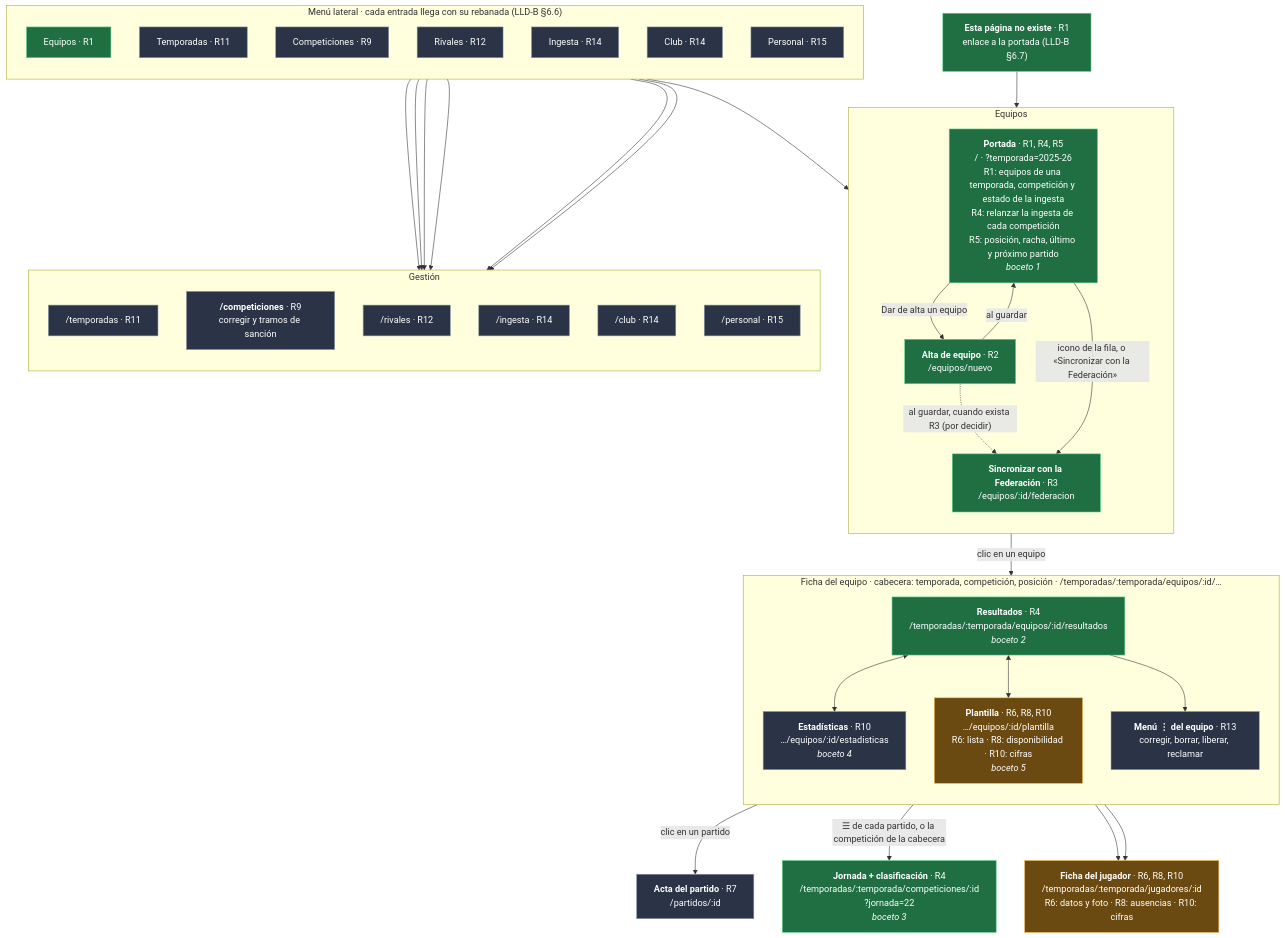
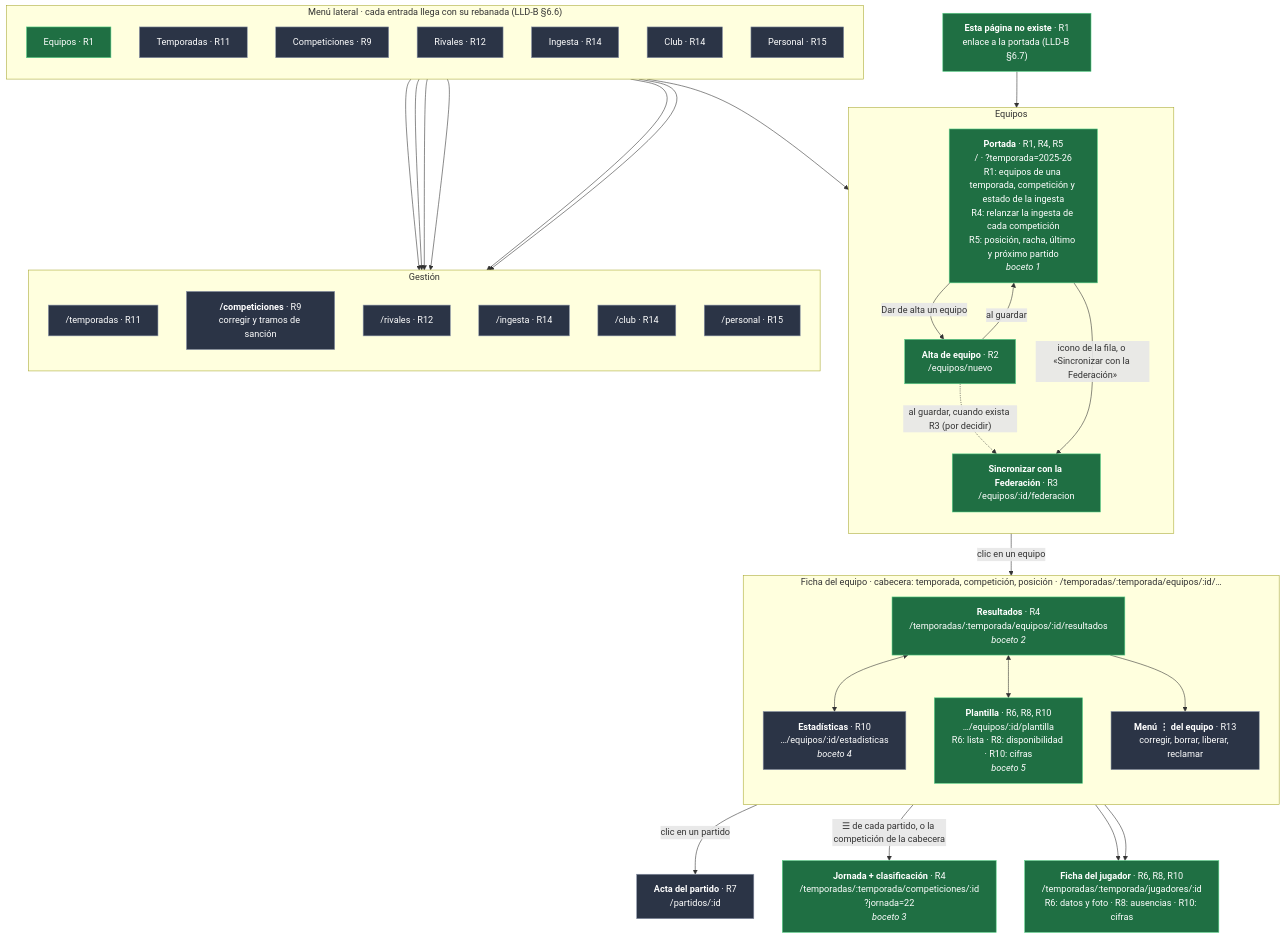
The diagram in docs/Plan de desarrollo backoffice-001.md (tongilcoto/mbs-TFM), drawn with Mermaid before and after one commit. The commit also changed other lines of this file and 2 other files, not shown here.

Commit message:
R6.21: el cierre de la rebanada 6, Plantilla
- El plan R6: cerrada el 2026-11-22, los renglones de R6.20 (el zoom al 200 %
  medido, el teclado del desarrollador y el arreglo de Safari) y R6.21, y lo
  aprendido (§9), con lo que queda abierto.
- El plan del backoffice: en el mapa de pantallas, la Plantilla y la Ficha del
  jugador de ámbar a verde; las diez operaciones de la rebanada, hechas; y la
  rebanada en el estado (21/21 y seis pasos más a petición del desarrollador).
- AGENTS.md: la rebanada cerrada, la cuenta de tests y su párrafo hasta R6.21.

Las cifras: en el backend, 853 → 1062 tests (1059 + 3 omitidos), mutaciones
43/43, 36/36, 21/21 y 13/13, censo en 0; en la web, 453 → 622 pruebas de piezas
y 170 → 293 escenarios, con axe en los dos modos.

````diff
--- a/docs/Plan de desarrollo backoffice-001.md
+++ b/docs/Plan de desarrollo backoffice-001.md
@@ -132,74 +132,73 @@
 ```mermaid
 flowchart TB
     subgraph MENU["Menú lateral · cada entrada llega con su rebanada (LLD-B §6.6)"]
         direction TB
         mEq["Equipos · R1"]
         mTem["Temporadas · R11"]
         mCom["Competiciones · R9"]
         mRiv["Rivales · R12"]
         mIng["Ingesta · R14"]
         mClub["Club · R14"]
         mPer["Personal · R15"]
     end
 
     subgraph EQUIPOS["Equipos"]
         direction TB
         P["<b>Portada</b> · R1, R4, R5<br/>/ · ?temporada=2025-26<br/>R1: equipos de una temporada, competición y estado de la ingesta<br/>R4: relanzar la ingesta de cada competición<br/>R5: posición, racha, último y próximo partido<br/><i>boceto 1</i>"]
         A["<b>Alta de equipo</b> · R2<br/>/equipos/nuevo"]
         F["<b>Sincronizar con la Federación</b> · R3<br/>/equipos/:id/federacion"]
     end
 
     subgraph FICHA["Ficha del equipo · cabecera: temporada, competición, posición · /temporadas/:temporada/equipos/:id/…"]
         direction TB
         R["<b>Resultados</b> · R4<br/>/temporadas/:temporada/equipos/:id/resultados<br/><i>boceto 2</i>"]
         E["<b>Estadísticas</b> · R10<br/>…/equipos/:id/estadisticas<br/><i>boceto 4</i>"]
         PL["<b>Plantilla</b> · R6, R8, R10<br/>…/equipos/:id/plantilla<br/>R6: lista · R8: disponibilidad · R10: cifras<br/><i>boceto 5</i>"]
         AX["<b>Menú ⋮ del equipo</b> · R13<br/>corregir, borrar, liberar, reclamar"]
     end
 
     J["<b>Jornada + clasificación</b> · R4<br/>/temporadas/:temporada/competiciones/:id<br/>?jornada=22<br/><i>boceto 3</i>"]
     ACTA["<b>Acta del partido</b> · R7<br/>/partidos/:id"]
     JUG["<b>Ficha del jugador</b> · R6, R8, R10<br/>/temporadas/:temporada/jugadores/:id<br/>R6: datos y foto · R8: ausencias · R10: cifras"]
 
     subgraph GESTION["Gestión"]
         direction TB
         GT["/temporadas · R11"]
         GCo["<b>/competiciones</b> · R9<br/>corregir y tramos de sanción"]
         GR["/rivales · R12"]
         GI["/ingesta · R14"]
         GC["/club · R14"]
         GP["/personal · R15"]
     end
 
     NF["<b>Esta página no existe</b> · R1<br/>enlace a la portada (LLD-B §6.7)"]
 
     mEq --> P
     mTem --> GT
     mCom --> GCo
     mRiv --> GR
     mIng --> GI
     mClub --> GC
     mPer --> GP
 
     P -->|"Dar de alta un equipo"| A
     A -->|"al guardar"| P
     A -.->|"al guardar, cuando exista R3 (por decidir)"| F
     P -->|"icono de la fila, o «Sincronizar con la Federación»"| F
     P -->|"clic en un equipo"| R
     R <--> E
     R <--> PL
     R --> AX
     R -->|"clic en un partido"| ACTA
     R -->|"☰ de cada partido, o la competición de la cabecera"| J
     PL --> JUG
     E --> JUG
     NF --> P
 
     classDef hecha fill:#1f6f43,stroke:#5bd38a,color:#fff
     classDef enCurso fill:#6b4a12,stroke:#f0b54a,color:#fff
     classDef pendiente fill:#2b3446,stroke:#8a94a8,color:#fff
     classDef hueco fill:#2b3446,stroke:#f0b54a,color:#fff,stroke-dasharray:5 5
-    class mEq,NF,P,A,F,R,J hecha
-    class PL,JUG enCurso
+    class mEq,NF,P,A,F,R,J,PL,JUG hecha
     class mTem,mCom,mRiv,mIng,mClub,mPer,E,AX,ACTA,GT,GCo,GR,GI,GC,GP pendiente
 ```
````
